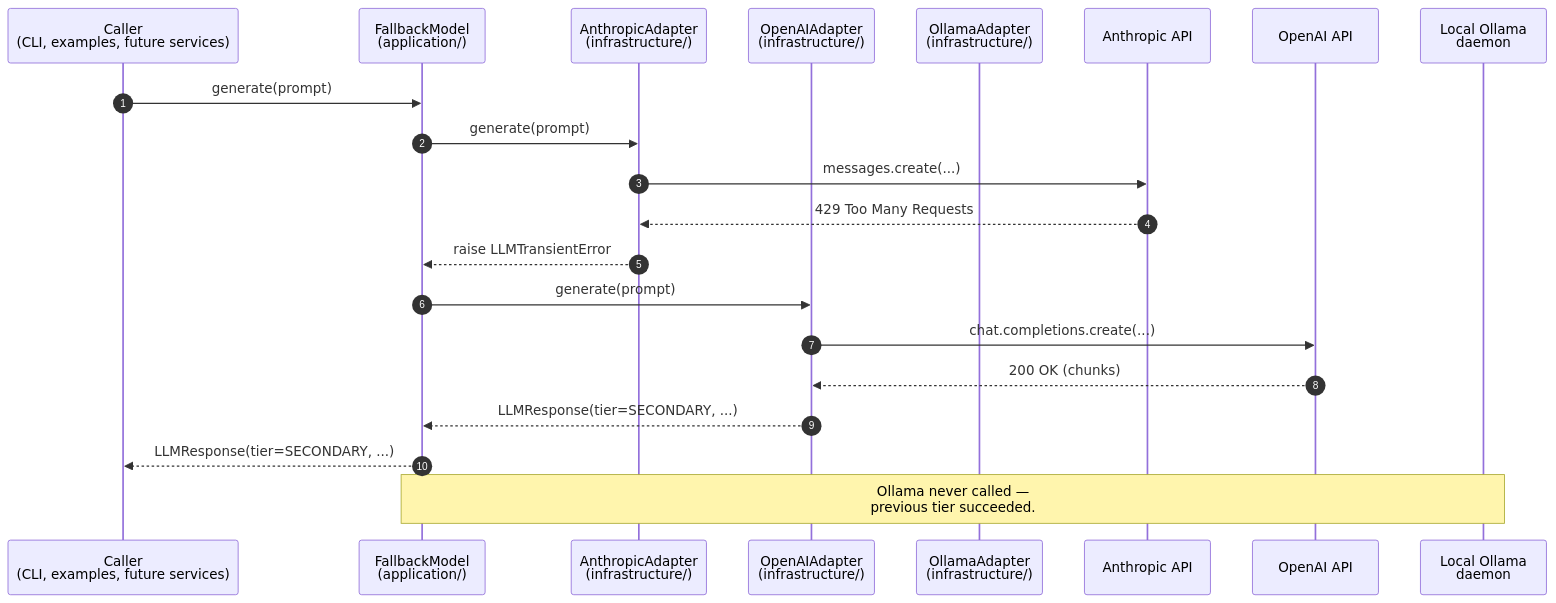
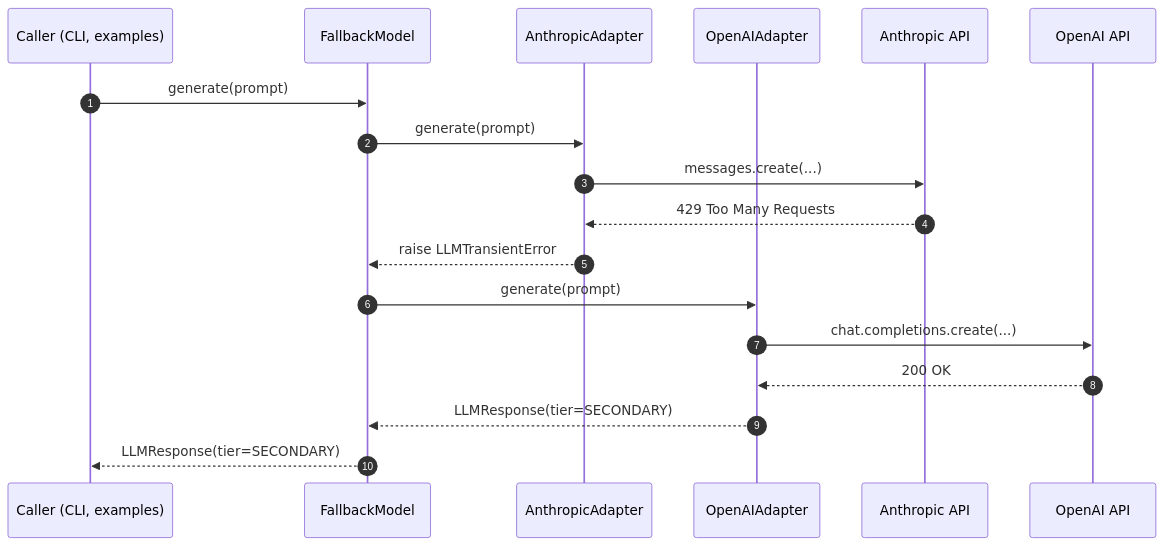
Before and after one commit to rkendev/agentic-rag-router: the third of 3 diagrams in ARCHITECTURE.md, drawn with Mermaid. The commit also changed other lines of this file and 2 other files, not shown here.

First line of the commit message:
Docs/router first architecture (#12)

````diff
--- a/ARCHITECTURE.md
+++ b/ARCHITECTURE.md
@@ -144,26 +167,20 @@
 ```mermaid
 sequenceDiagram
     autonumber
-    participant Caller as Caller<br/>(CLI, examples, future services)
-    participant FM as FallbackModel<br/>(application/)
-    participant AA as AnthropicAdapter<br/>(infrastructure/)
-    participant OA as OpenAIAdapter<br/>(infrastructure/)
-    participant Oll as OllamaAdapter<br/>(infrastructure/)
+    participant Caller as Caller (CLI, examples)
+    participant FM as FallbackModel
+    participant AA as AnthropicAdapter
+    participant OA as OpenAIAdapter
     participant Anth as Anthropic API
     participant OAI as OpenAI API
-    participant Lcl as Local Ollama<br/>daemon
-
     Caller->>FM: generate(prompt)
     FM->>AA: generate(prompt)
     AA->>Anth: messages.create(...)
     Anth-->>AA: 429 Too Many Requests
     AA-->>FM: raise LLMTransientError
-
     FM->>OA: generate(prompt)
     OA->>OAI: chat.completions.create(...)
-    OAI-->>OA: 200 OK (chunks)
-    OA-->>FM: LLMResponse(tier=SECONDARY, ...)
-    FM-->>Caller: LLMResponse(tier=SECONDARY, ...)
-
-    Note over FM,Lcl: Ollama never called —<br/>previous tier succeeded.
+    OAI-->>OA: 200 OK
+    OA-->>FM: LLMResponse(tier=SECONDARY)
+    FM-->>Caller: LLMResponse(tier=SECONDARY)
 ```
````
